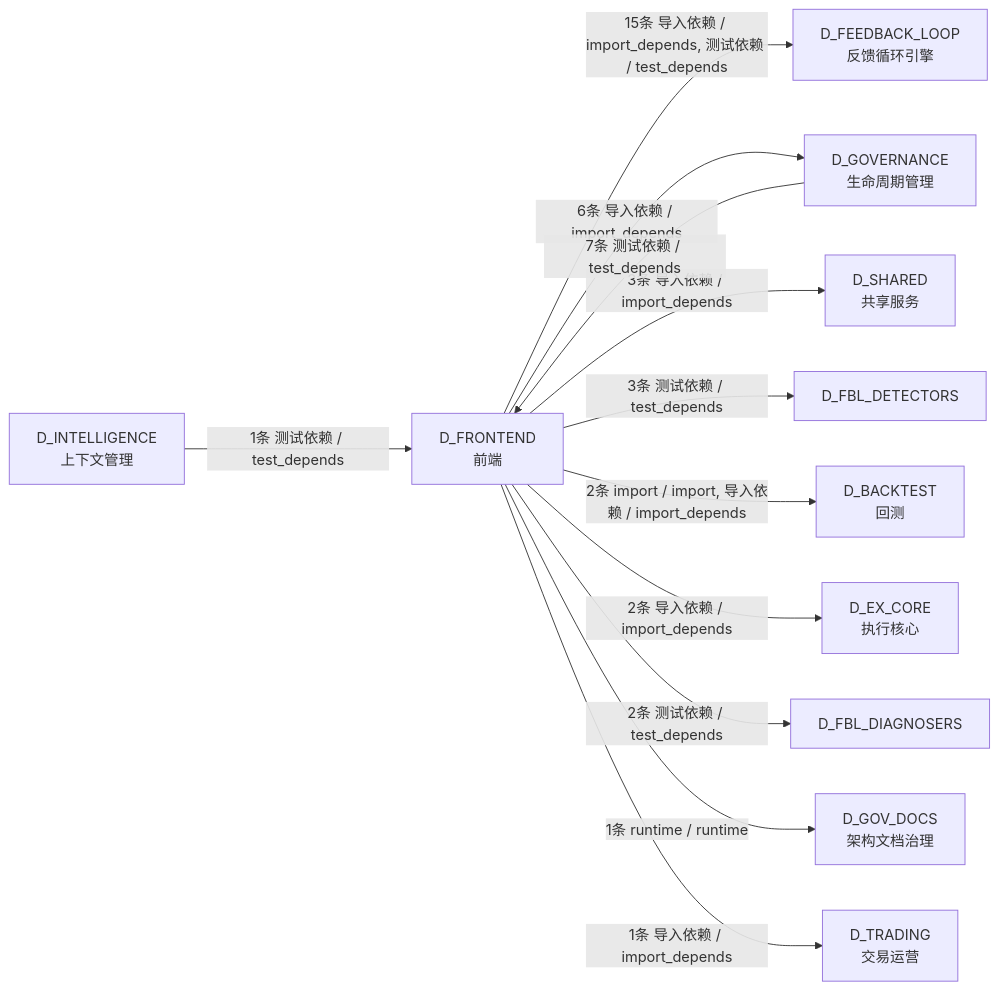
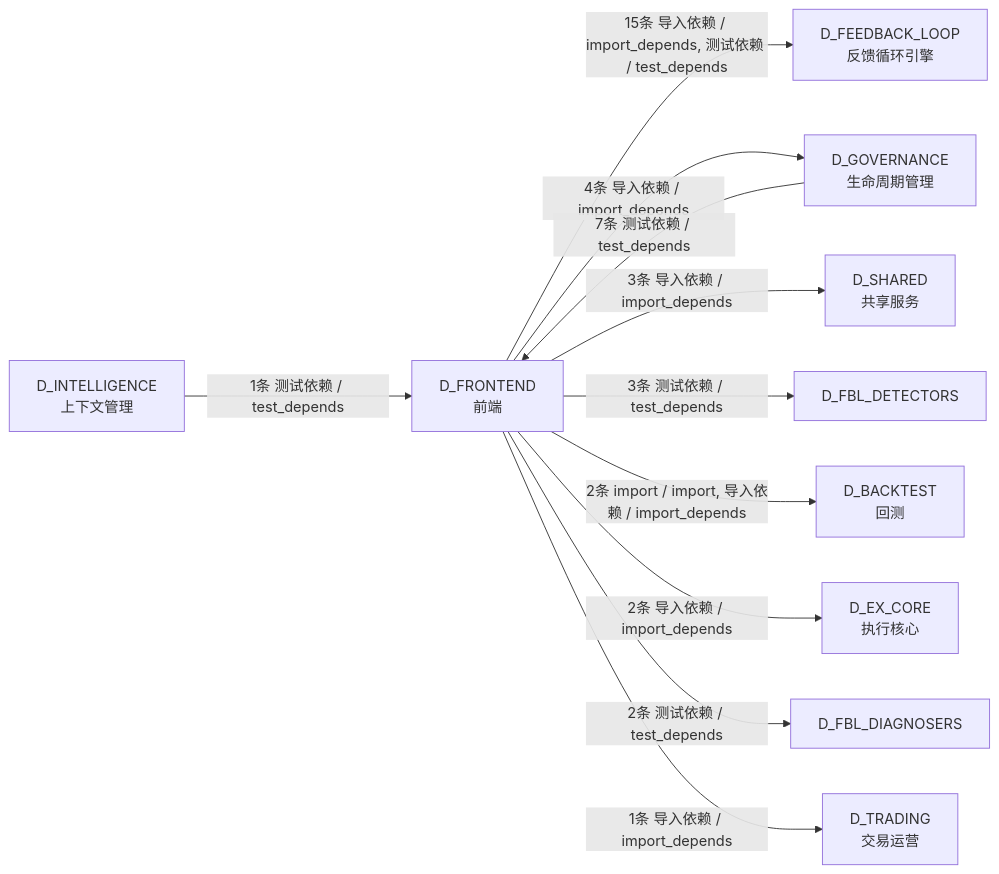
The sixth of 6 diagrams in docs/02_enterprise_architecture/02_domain_architecture_docs/15_d_frontend.md (xuanFelixVan/ZephyrAlpha), drawn with Mermaid before and after one commit. The commit also changed other lines of this file and 126 other files, not shown here.

````diff
--- a/docs/02_enterprise_architecture/02_domain_architecture_docs/15_d_frontend.md
+++ b/docs/02_enterprise_architecture/02_domain_architecture_docs/15_d_frontend.md
@@ -513,25 +504,23 @@
 ```mermaid
 graph LR
     D_FRONTEND["D_FRONTEND<br/>前端"]
     D_FEEDBACK_LOOP["D_FEEDBACK_LOOP<br/>反馈循环引擎"]
     D_GOVERNANCE["D_GOVERNANCE<br/>生命周期管理"]
     D_SHARED["D_SHARED<br/>共享服务"]
     D_FBL_DETECTORS["D_FBL_DETECTORS"]
     D_BACKTEST["D_BACKTEST<br/>回测"]
     D_EX_CORE["D_EX_CORE<br/>执行核心"]
     D_FBL_DIAGNOSERS["D_FBL_DIAGNOSERS"]
-    D_GOV_DOCS["D_GOV_DOCS<br/>架构文档治理"]
     D_TRADING["D_TRADING<br/>交易运营"]
     D_INTELLIGENCE["D_INTELLIGENCE<br/>上下文管理"]
     D_FRONTEND -->|15条 导入依赖 / import_depends, 测试依赖 / test_depends| D_FEEDBACK_LOOP
-    D_FRONTEND -->|6条 导入依赖 / import_depends| D_GOVERNANCE
+    D_FRONTEND -->|4条 导入依赖 / import_depends| D_GOVERNANCE
     D_FRONTEND -->|3条 导入依赖 / import_depends| D_SHARED
     D_FRONTEND -->|3条 测试依赖 / test_depends| D_FBL_DETECTORS
     D_FRONTEND -->|2条 import / import, 导入依赖 / import_depends| D_BACKTEST
     D_FRONTEND -->|2条 导入依赖 / import_depends| D_EX_CORE
     D_FRONTEND -->|2条 测试依赖 / test_depends| D_FBL_DIAGNOSERS
-    D_FRONTEND -->|1条 runtime / runtime| D_GOV_DOCS
     D_FRONTEND -->|1条 导入依赖 / import_depends| D_TRADING
     D_GOVERNANCE -->|7条 测试依赖 / test_depends| D_FRONTEND
     D_INTELLIGENCE -->|1条 测试依赖 / test_depends| D_FRONTEND
 ```
````
